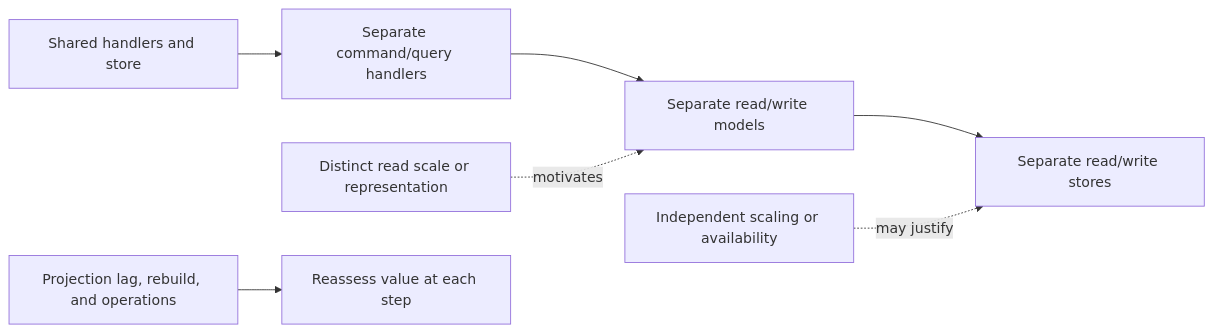
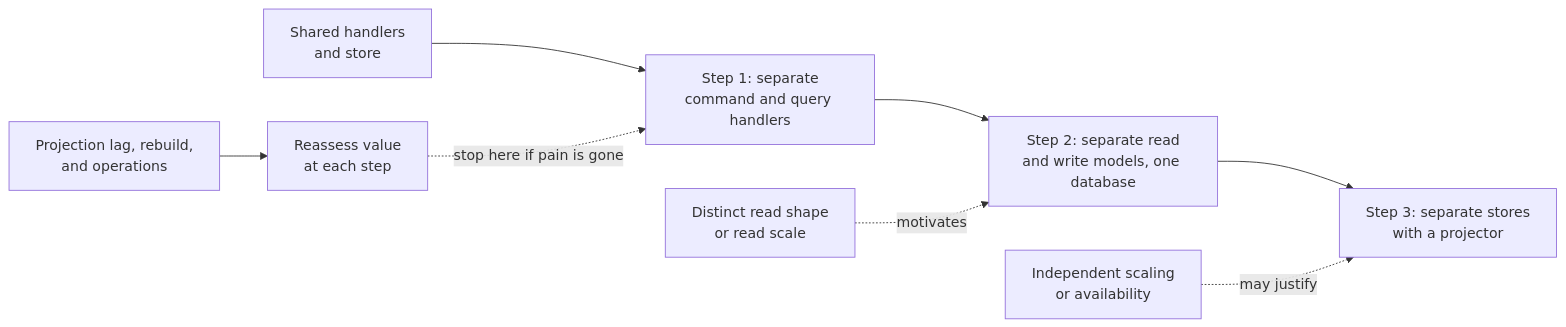
Before and after one commit to joydasss/Architect: the ninth of 13 diagrams in 20_Architecture_Patterns/CH09_CQRS.md, drawn with Mermaid. The commit also changed other lines of this file and 295 other files, not shown here.

````diff
--- a/20_Architecture_Patterns/CH09_CQRS.md
+++ b/20_Architecture_Patterns/CH09_CQRS.md
@@ -71,9 +821,10 @@
 ```mermaid
 flowchart LR
-    Shared[Shared handlers and store] --> Handlers[Separate command/query handlers]
-    Handlers --> Models[Separate read/write models]
-    Models --> Stores[Separate read/write stores]
-    Need[Distinct read scale or representation] -. motivates .-> Models
-    Need2[Independent scaling or availability] -. may justify .-> Stores
-    Cost[Projection lag, rebuild, and operations] --> Review[Reassess value at each step]
+    Shared["Shared handlers<br/>and store"] --> Handlers["Step 1: separate<br/>command and query handlers"]
+    Handlers --> Models["Step 2: separate read<br/>and write models, one database"]
+    Models --> Stores["Step 3: separate stores<br/>with a projector"]
+    Need["Distinct read shape<br/>or read scale"] -. "motivates" .-> Models
+    Need2["Independent scaling<br/>or availability"] -. "may justify" .-> Stores
+    Cost["Projection lag, rebuild,<br/>and operations"] --> Review["Reassess value<br/>at each step"]
+    Review -. "stop here if pain is gone" .-> Handlers
 ```
````
